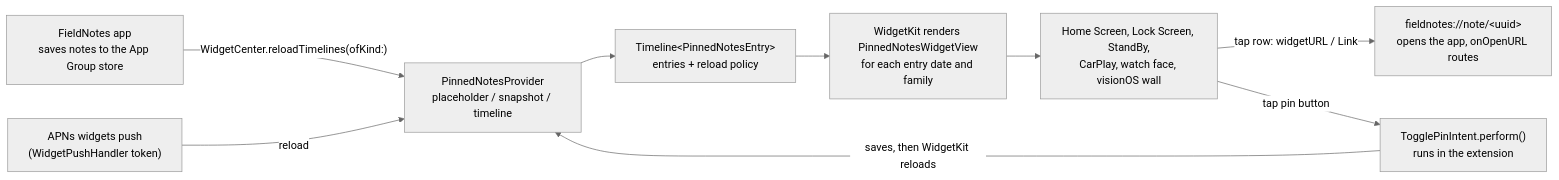
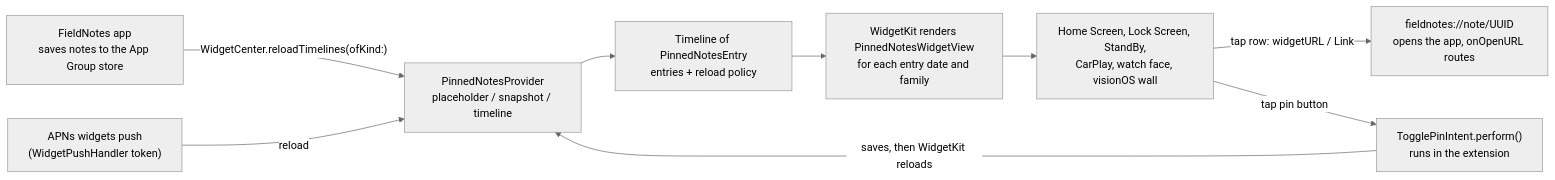
The diagram in modules/ROOT/pages/apps/apple/widgets-and-controls.adoc (albertoirurueta/docs), drawn with Mermaid (neutral theme) before and after one commit. The commit also changed other lines of this file and 4 other files, not shown here.

```diff
--- a/modules/ROOT/pages/apps/apple/widgets-and-controls.adoc
+++ b/modules/ROOT/pages/apps/apple/widgets-and-controls.adoc
@@ -37,12 +37,12 @@
 [mermaid]
 ....
 flowchart LR
     App["FieldNotes app<br/>saves notes to the App Group store"] -->|"WidgetCenter.reloadTimelines(ofKind:)"| Provider
     Push["APNs widgets push<br/>(WidgetPushHandler token)"] -->|reload| Provider
-    Provider["PinnedNotesProvider<br/>placeholder / snapshot / timeline"] --> Timeline["Timeline&lt;PinnedNotesEntry&gt;<br/>entries + reload policy"]
+    Provider["PinnedNotesProvider<br/>placeholder / snapshot / timeline"] --> Timeline["Timeline of PinnedNotesEntry<br/>entries + reload policy"]
     Timeline --> Render["WidgetKit renders PinnedNotesWidgetView<br/>for each entry date and family"]
     Render --> Surface["Home Screen, Lock Screen, StandBy,<br/>CarPlay, watch face, visionOS wall"]
-    Surface -->|"tap row: widgetURL / Link"| URL["fieldnotes://note/&lt;uuid&gt;<br/>opens the app, onOpenURL routes"]
+    Surface -->|"tap row: widgetURL / Link"| URL["fieldnotes://note/UUID<br/>opens the app, onOpenURL routes"]
     Surface -->|"tap pin button"| Intent["TogglePinIntent.perform()<br/>runs in the extension"]
     Intent -->|"saves, then WidgetKit reloads"| Provider
 ....
```
